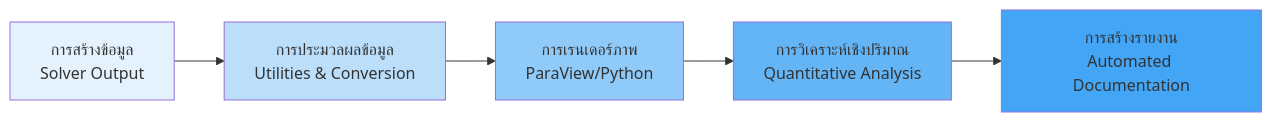
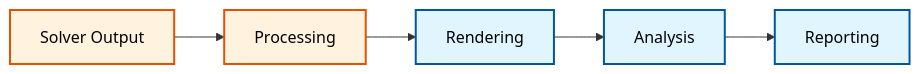
One commit to wramet/build-my-cfd changed the first of 3 diagrams in MODULE_07_UTILITIES_AUTOMATION/CONTENT/04_VISUALIZATION/00_Overview.md. Above: the diagram before and after it, drawn with Mermaid. The commit also changed other lines of this file and 313 other files, not shown here.

Commit message:
Revise all diagram

````diff
--- a/MODULE_07_UTILITIES_AUTOMATION/CONTENT/04_VISUALIZATION/00_Overview.md
+++ b/MODULE_07_UTILITIES_AUTOMATION/CONTENT/04_VISUALIZATION/00_Overview.md
@@ -49,13 +49,10 @@
 ```mermaid
 flowchart LR
-    A[การสร้างข้อมูล<br/>Solver Output] --> B[การประมวลผลข้อมูล<br/>Utilities & Conversion]
-    B --> C[การเรนเดอร์ภาพ<br/>ParaView/Python]
-    C --> D[การวิเคราะห์เชิงปริมาณ<br/>Quantitative Analysis]
-    D --> E[การสร้างรายงาน<br/>Automated Documentation]
+classDef implicit fill:#e1f5fe,stroke:#01579b,stroke-width:2px,color:#000
+classDef explicit fill:#fff3e0,stroke:#e65100,stroke-width:2px,color:#000
 
-    style A fill:#e3f2fd
-    style B fill:#bbdefb
-    style C fill:#90caf9
-    style D fill:#64b5f6
-    style E fill:#42a5f5
+A[Solver Output]:::explicit --> B[Processing]:::explicit
+B --> C[Rendering]:::implicit
+C --> D[Analysis]:::implicit
+D --> E[Reporting]:::implicit
 ```
````
